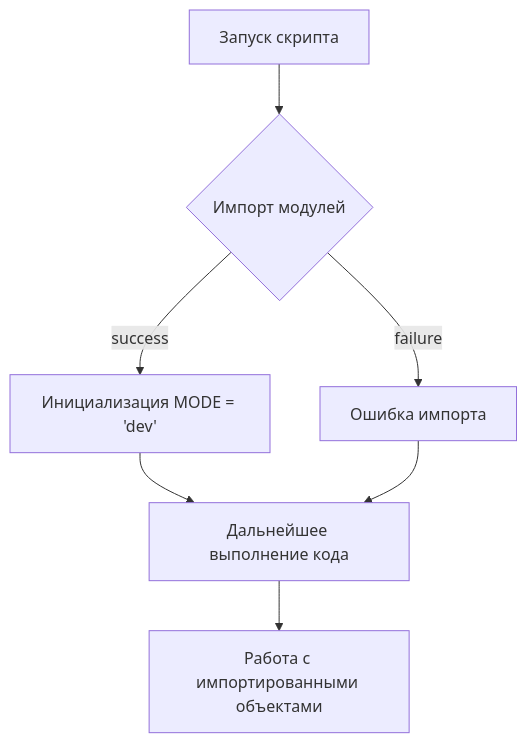
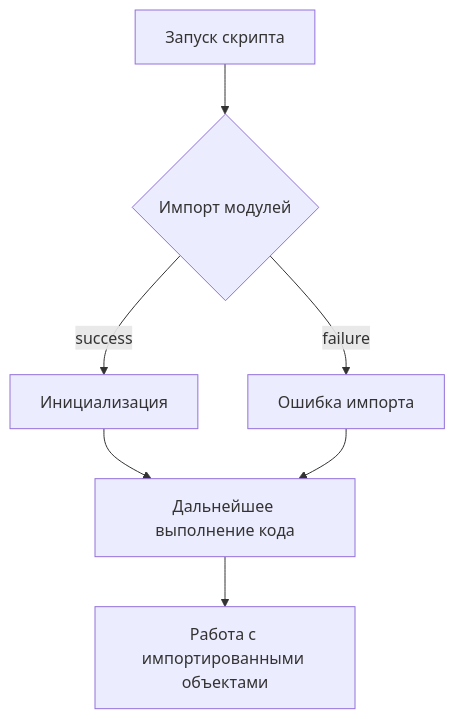
One commit to hypo69/hypo changed the first of 2 diagrams in docs/gemini/set 1/explainer/src/endpoints/bookmaker/__init__.md. Above: the diagram before and after it, drawn with Mermaid. The commit also changed other lines of this file and 6031 other files, not shown here.

````diff
--- a/docs/gemini/set 1/explainer/src/endpoints/bookmaker/__init__.md
+++ b/docs/gemini/set 1/explainer/src/endpoints/bookmaker/__init__.md
@@ -32,9 +32,9 @@
 ```mermaid
 graph TD
     A[Запуск скрипта] --> B{Импорт модулей};
-    B -- success --> C[Инициализация MODE = 'dev'];
+    B -- success --> C[Инициализация ];
     B -- failure --> D[Ошибка импорта];
     C --> E[Дальнейшее выполнение кода];
     D --> E;
     E --> F[Работа с импортированными объектами]
 ```
````
